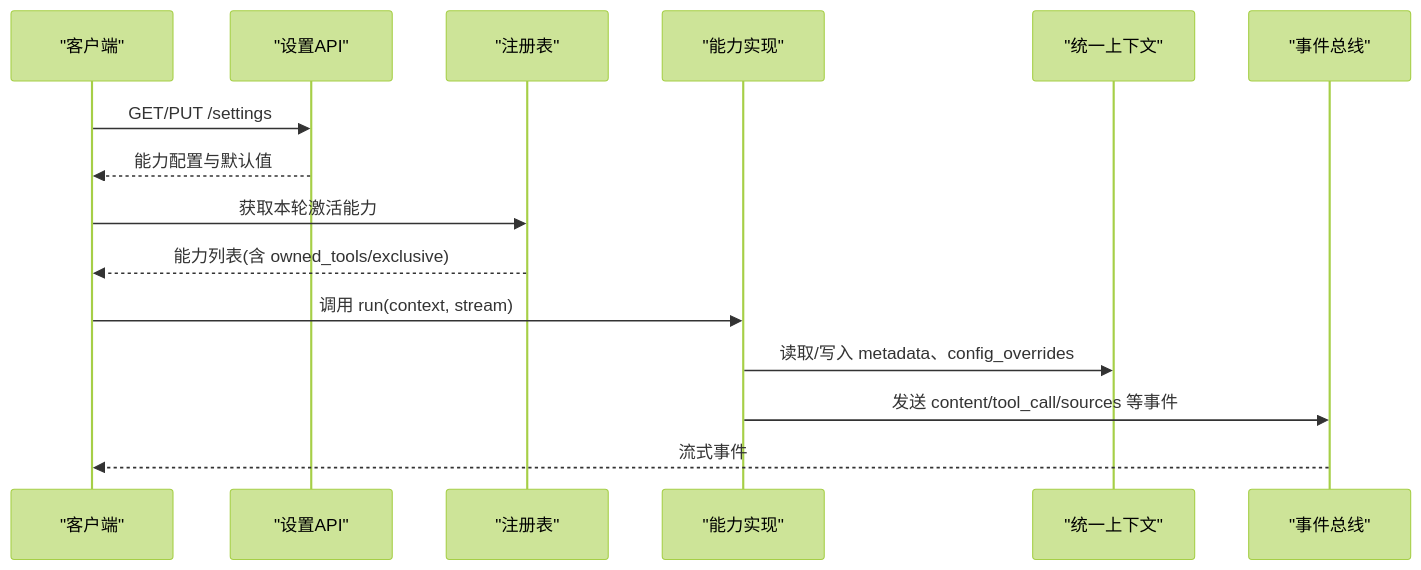
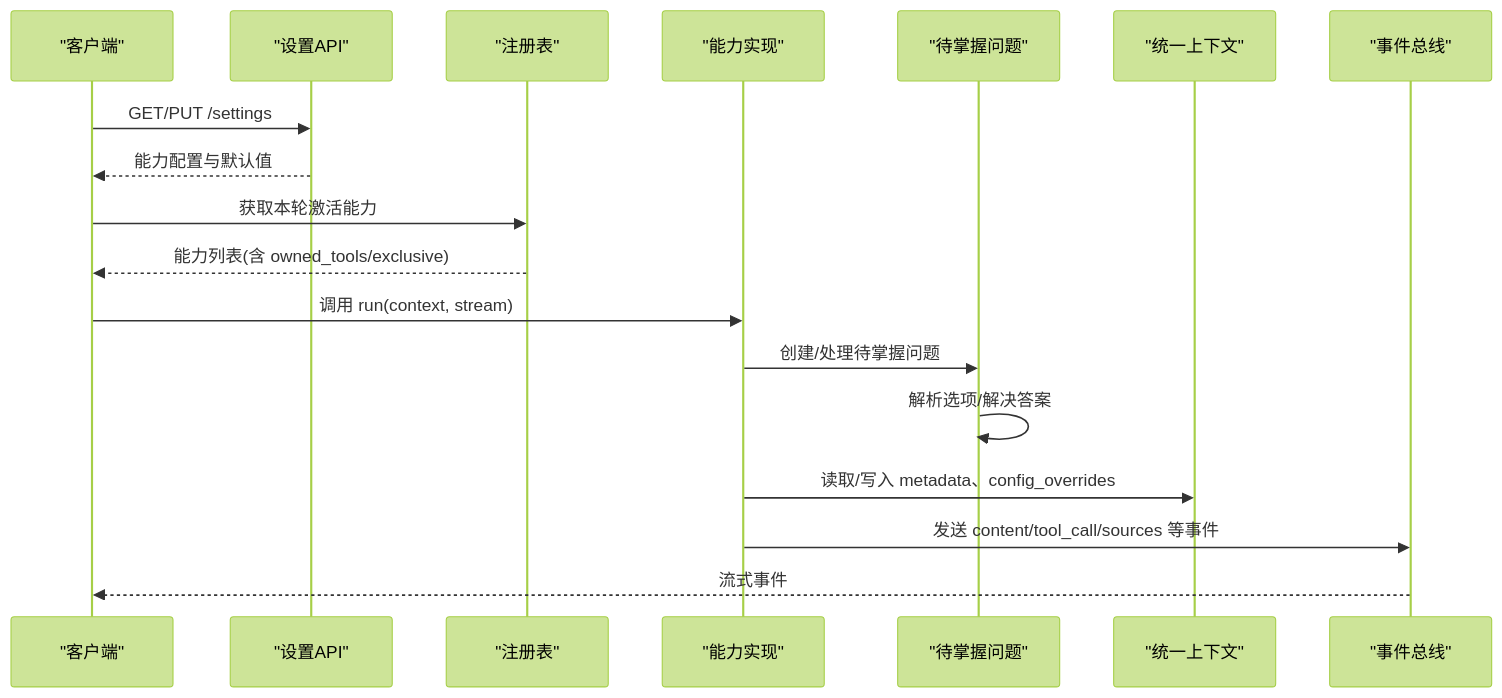
Before and after one commit to gongzili456/DeepTutor: the second of 10 diagrams in .qoder/repowiki/zh/content/核心架构/能力系统/能力系统.md, drawn with Mermaid (forest theme). The commit also changed other lines of this file and 821 other files, not shown here.

````diff
--- a/.qoder/repowiki/zh/content/核心架构/能力系统/能力系统.md
+++ b/.qoder/repowiki/zh/content/核心架构/能力系统/能力系统.md
@@ -132,17 +148,20 @@
 ```mermaid
 sequenceDiagram
 participant Client as "客户端"
 participant API as "设置API"
 participant Reg as "注册表"
 participant Cap as "能力实现"
+participant Pending as "待掌握问题"
 participant Ctx as "统一上下文"
 participant Bus as "事件总线"
 Client->>API : GET/PUT /settings
 API-->>Client : 能力配置与默认值
 Client->>Reg : 获取本轮激活能力
 Reg-->>Client : 能力列表(含 owned_tools/exclusive)
 Client->>Cap : 调用 run(context, stream)
+Cap->>Pending : 创建/处理待掌握问题
+Pending->>Pending : 解析选项/解决答案
 Cap->>Ctx : 读取/写入 metadata、config_overrides
 Cap->>Bus : 发送 content/tool_call/sources 等事件
 Bus-->>Client : 流式事件
 ```
````
